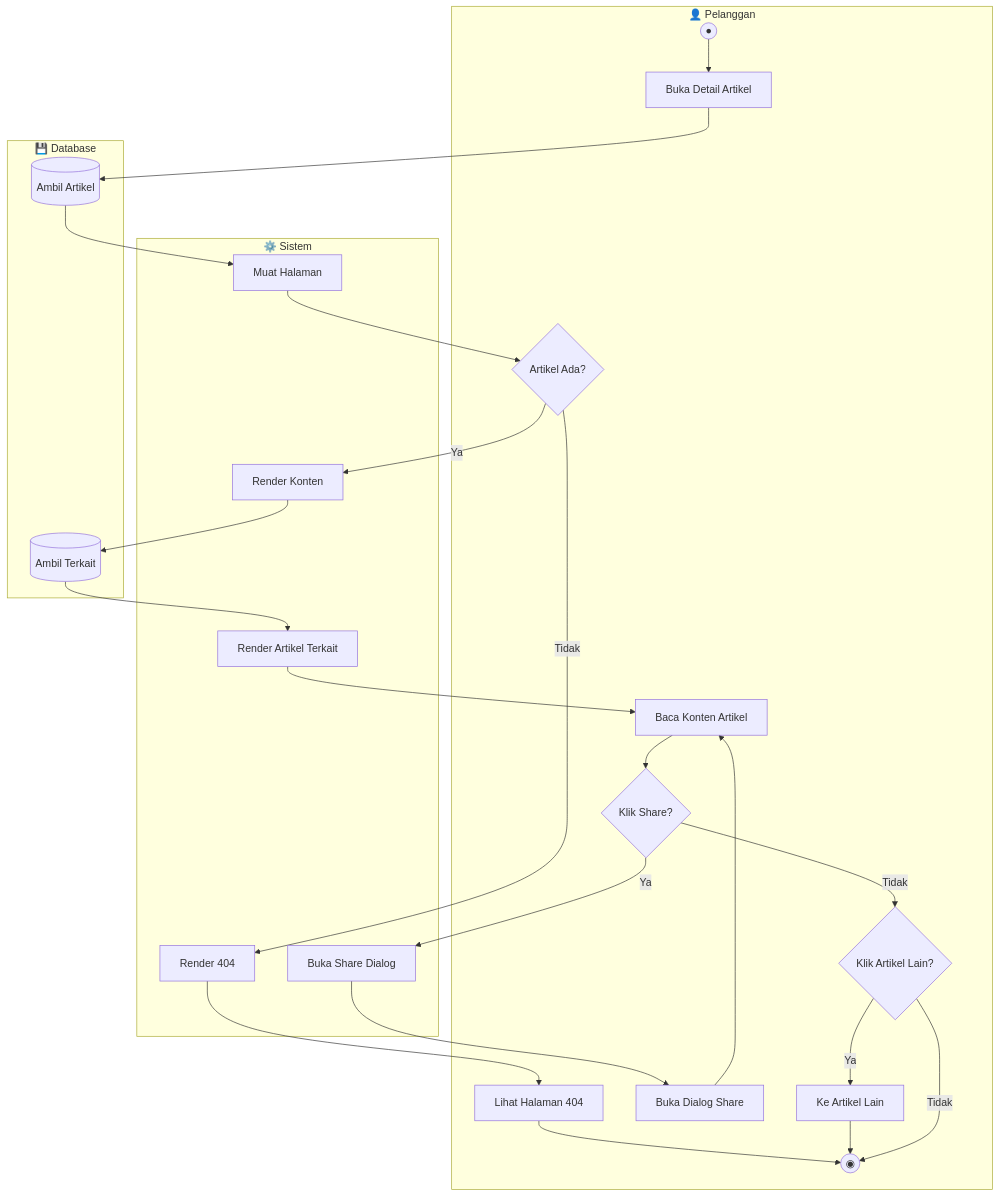
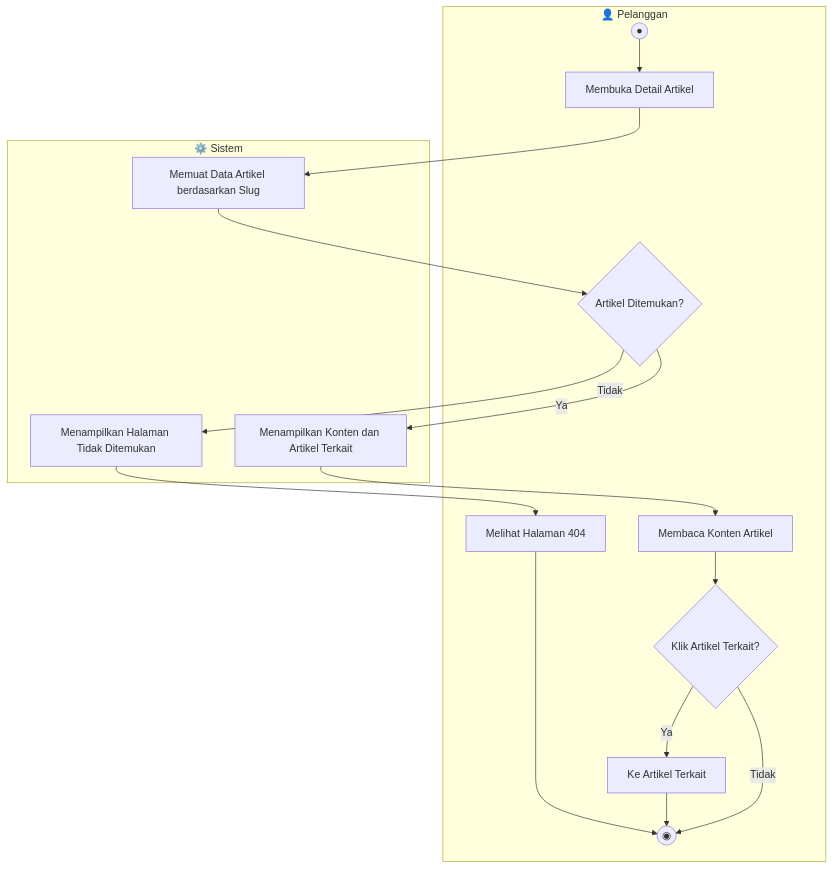
The eighth of 17 diagrams in docs/ACTIVITY_DIAGRAMS.md (mustarisyahding07-spec/WEBSITE_SKRIPSI_MUSTARI), drawn with Mermaid before and after one commit. The commit also changed other lines of this file, not shown here.

Commit message:
docs: simplify activity diagrams and add academic explanations

````diff
--- a/docs/ACTIVITY_DIAGRAMS.md
+++ b/docs/ACTIVITY_DIAGRAMS.md
@@ -445,48 +342,32 @@
 ```mermaid
 flowchart TD
     subgraph Pelanggan["👤 Pelanggan"]
         P1((●))
-        P2[Buka Detail Artikel]
-        P3{Artikel Ada?}
-        P4[Lihat Halaman 404]
-        P5[Baca Konten Artikel]
-        P6{Klik Share?}
-        P7[Buka Dialog Share]
-        P8{Klik Artikel Lain?}
-        P9[Ke Artikel Lain]
-        P10((◉))
+        P2[Membuka Detail Artikel]
+        P3{Artikel Ditemukan?}
+        P4[Melihat Halaman 404]
+        P5[Membaca Konten Artikel]
+        P6{Klik Artikel Terkait?}
+        P7[Ke Artikel Terkait]
+        P8((◉))
     end
-    
+
     subgraph Sistem["⚙️ Sistem"]
-        S1[Muat Halaman]
-        S2[Render 404]
-        S3[Render Konten]
-        S4[Render Artikel Terkait]
-        S5[Buka Share Dialog]
+        S1[Memuat Data Artikel berdasarkan Slug]
+        S2[Menampilkan Halaman Tidak Ditemukan]
+        S3[Menampilkan Konten dan Artikel Terkait]
     end
-    
-    subgraph Database["💾 Database"]
-        D1[(Ambil Artikel)]
-        D2[(Ambil Terkait)]
-    end
-    
+
     P1 --> P2
-    P2 --> D1
-    D1 --> S1
+    P2 --> S1
     S1 --> P3
     P3 -->|Tidak| S2
     S2 --> P4
-    P4 --> P10
+    P4 --> P8
     P3 -->|Ya| S3
-    S3 --> D2
-    D2 --> S4
-    S4 --> P5
+    S3 --> P5
     P5 --> P6
-    P6 -->|Ya| S5
-    S5 --> P7
-    P7 --> P5
+    P6 -->|Ya| P7
+    P7 --> P8
     P6 -->|Tidak| P8
-    P8 -->|Ya| P9
-    P9 --> P10
-    P8 -->|Tidak| P10
 ```
````
